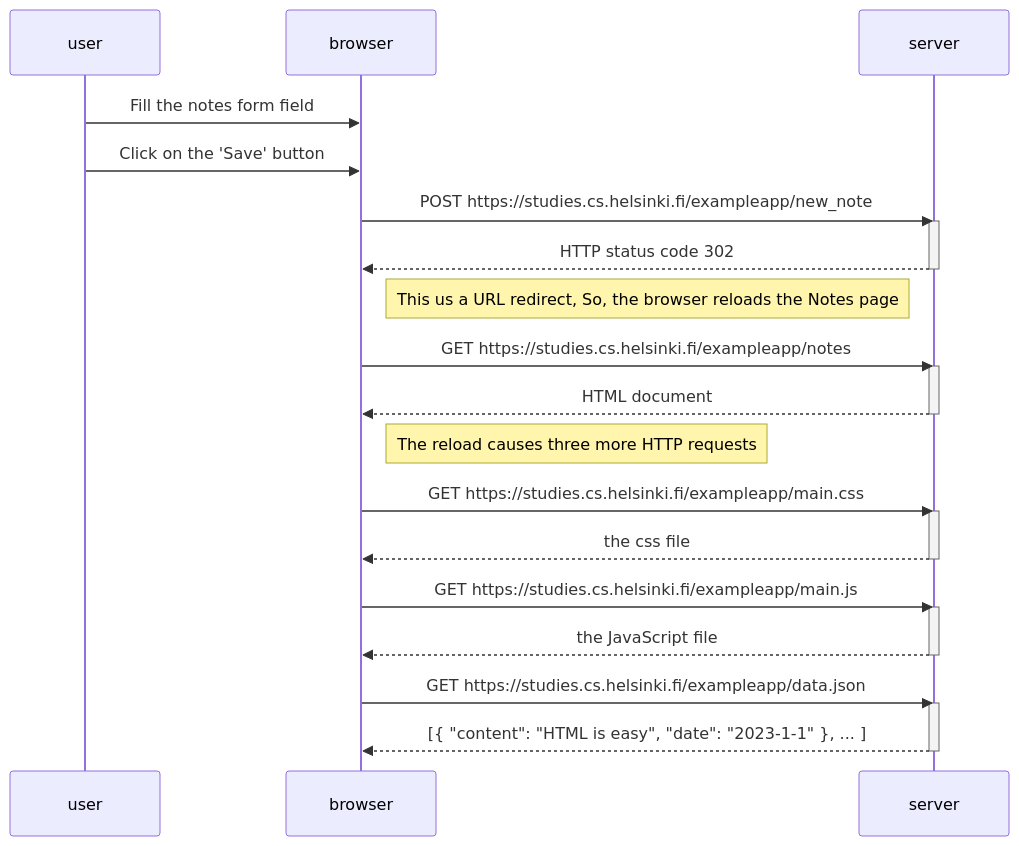
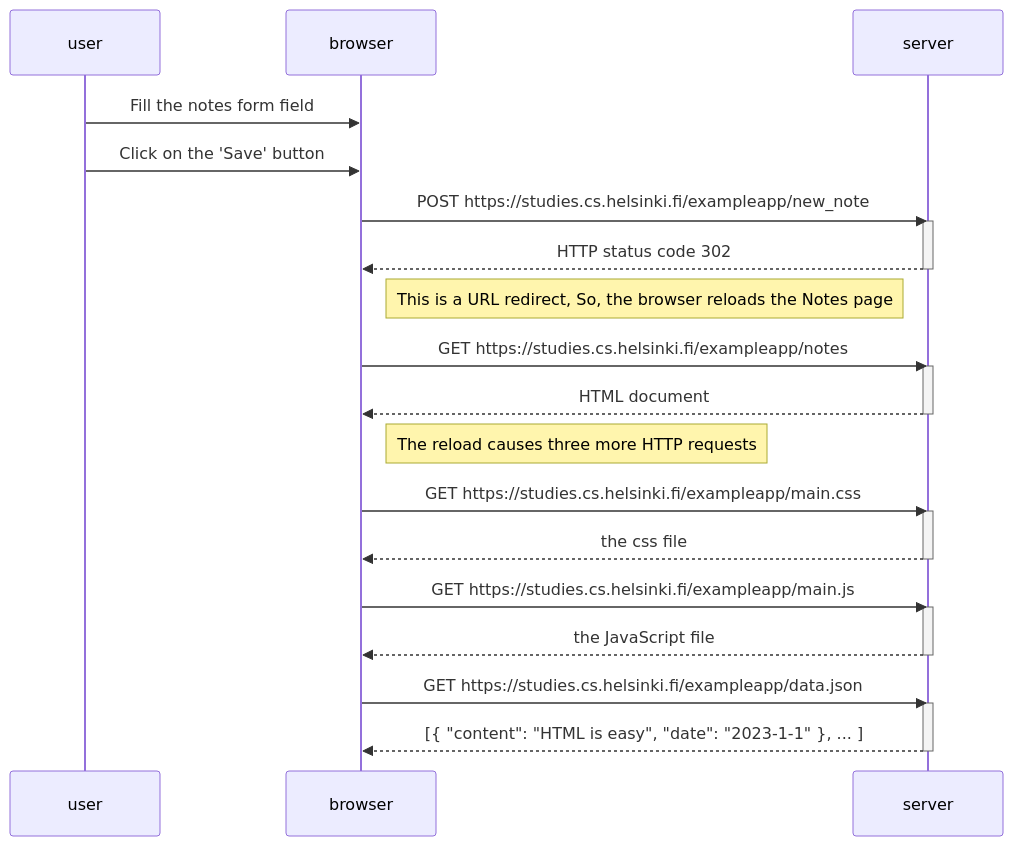
The diagram in part0/diagram/newNodeDiagram.md (hustariz/FullStackOpen), drawn with Mermaid before and after one commit. The commit also changed 1 other file, not shown here.

Commit message:
Part 0.B; Ex 0.5: Single page app diagram DONE

````diff
--- a/part0/diagram/newNodeDiagram.md
+++ b/part0/diagram/newNodeDiagram.md
@@ -1,39 +1,39 @@
 ```mermaid
 sequenceDiagram
     participant user
     participant browser
     participant server
 
 
     user->>browser: Fill the notes form field
     user->>browser: Click on the 'Save' button
     browser->>server: POST https://studies.cs.helsinki.fi/exampleapp/new_note
     activate server
     server-->>browser: HTTP status code 302
     deactivate server
 
-    Note right of browser: This us a URL redirect, So, the browser reloads the Notes page
+    Note right of browser: This is a URL redirect, So, the browser reloads the Notes page
     browser->>server: GET https://studies.cs.helsinki.fi/exampleapp/notes
     activate server
     server-->>browser: HTML document
     deactivate server
 
     Note right of browser: The reload causes three more HTTP requests
     browser->>server: GET https://studies.cs.helsinki.fi/exampleapp/main.css
     activate server
     server-->>browser: the css file
     deactivate server
 
     browser->>server: GET https://studies.cs.helsinki.fi/exampleapp/main.js
     activate server
     server-->>browser: the JavaScript file
     deactivate server
 
     browser->>server: GET https://studies.cs.helsinki.fi/exampleapp/data.json
     activate server
     server-->>browser: [{ "content": "HTML is easy", "date": "2023-1-1" }, ... ]
     deactivate server
 
 
     
 ```
````
